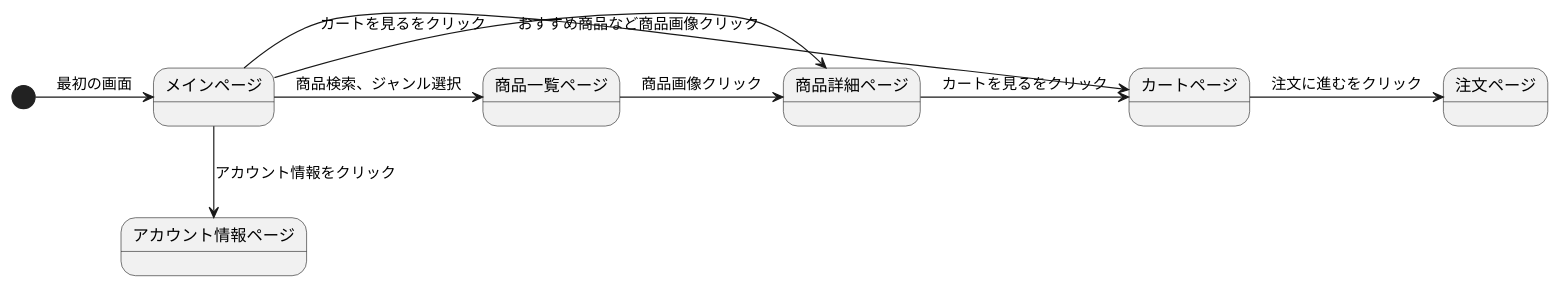
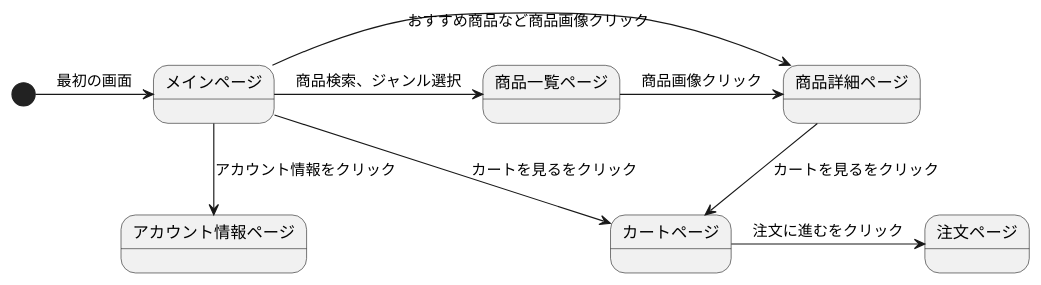
The first of 2 diagrams in orcashop/StateMachine.md (Aso2001385/2021sys-design), drawn with PlantUML before and after one commit.

````diff
--- a/orcashop/StateMachine.md
+++ b/orcashop/StateMachine.md
@@ -1,14 +1,14 @@
 ```uml
 @startuml
 
 [*] -> メインページ: 最初の画面
 メインページ -> 商品一覧ページ: 商品検索、ジャンル選択
 メインページ -> 商品詳細ページ: おすすめ商品など商品画像クリック
 商品一覧ページ -> 商品詳細ページ: 商品画像クリック
-商品詳細ページ -> カートページ: カートを見るをクリック
+商品詳細ページ -down-> カートページ: カートを見るをクリック
 カートページ -> 注文ページ: 注文に進むをクリック
 メインページ -down-> アカウント情報ページ: アカウント情報をクリック
 メインページ -> カートページ: カートを見るをクリック
 
 @enduml
 ```
````
